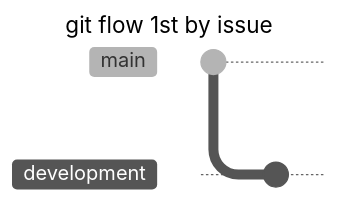
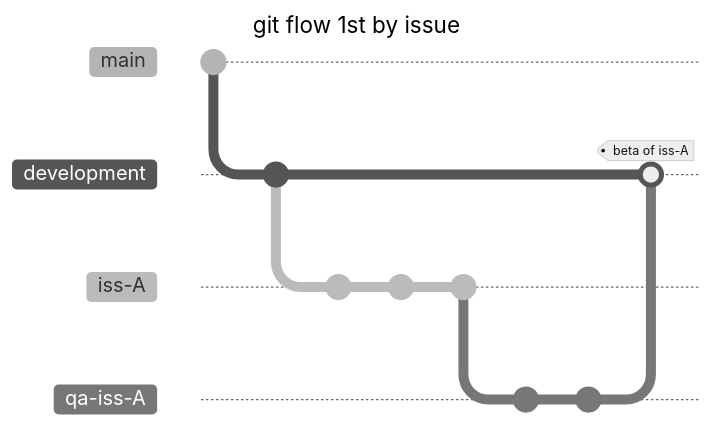
Before and after one commit to petre-renware/sdeven: the first of 2 diagrams in doc_src/SDEVEN.40_BRAN.md, drawn with Mermaid (neutral theme). Commit ids are hidden.

````diff
--- a/doc_src/SDEVEN.40_BRAN.md
+++ b/doc_src/SDEVEN.40_BRAN.md
@@ -82,12 +82,22 @@
 ``` mermaid
 ---
 title: git flow 1st by issue
 ---
 gitGraph
     commit id: "init repo"
     branch "development"
     commit id: "start of iss A"
+    branch "iss-A"
+    commit
+    commit
+    commit id: "alpha rdy to test"
+    branch "qa-iss-A"
+    commit id: "test of iss A"
+    commit id: "beta PASSED"
+    checkout "development"
+    merge "qa-iss-A" tag: "beta of iss-A"
+    
 
 
 
 ```
````
